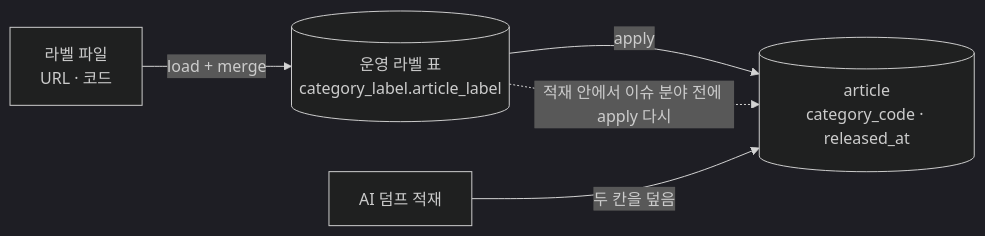
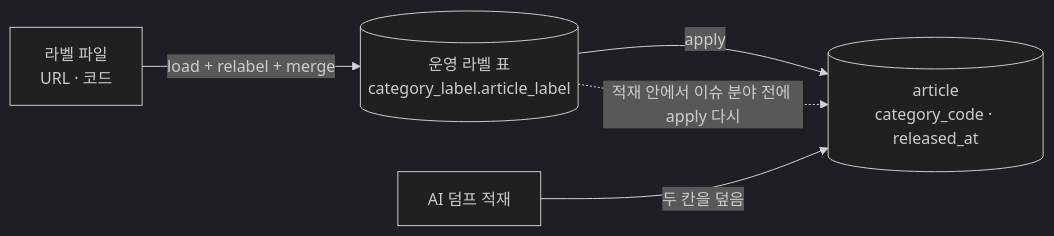
The diagram in infra/server/category-labels.md (a102-NEWLEARN/NEW-LEARN), drawn with Mermaid (dark theme) before and after one commit. The commit also changed other lines of this file and 5 other files, not shown here.

````diff
--- a/infra/server/category-labels.md
+++ b/infra/server/category-labels.md
@@ -7,7 +7,7 @@
 ```mermaid
 flowchart LR
-  L["라벨 파일<br/>URL · 코드"] -->|"load + merge"| T[("운영 라벨 표<br/>category_label.article_label")]
+  L["라벨 파일<br/>URL · 코드"] -->|"load + relabel + merge"| T[("운영 라벨 표<br/>category_label.article_label")]
   T -->|"apply"| A[("article<br/>category_code · released_at")]
   D["AI 덤프 적재"] -->|"두 칸을 덮음"| A
   T -.->|"적재 안에서 이슈 분야 전에 apply 다시"| A
 ```
````
